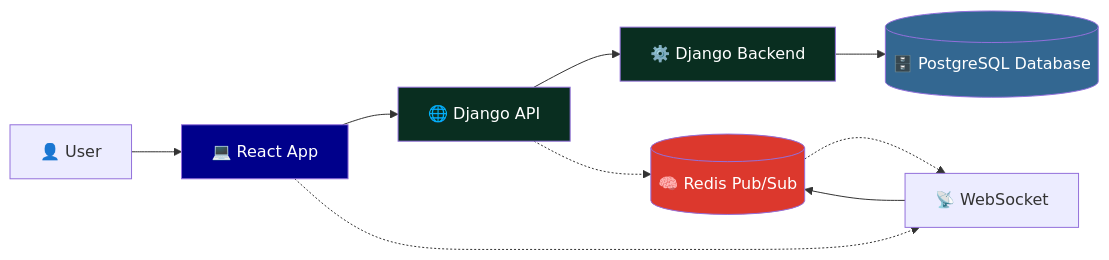
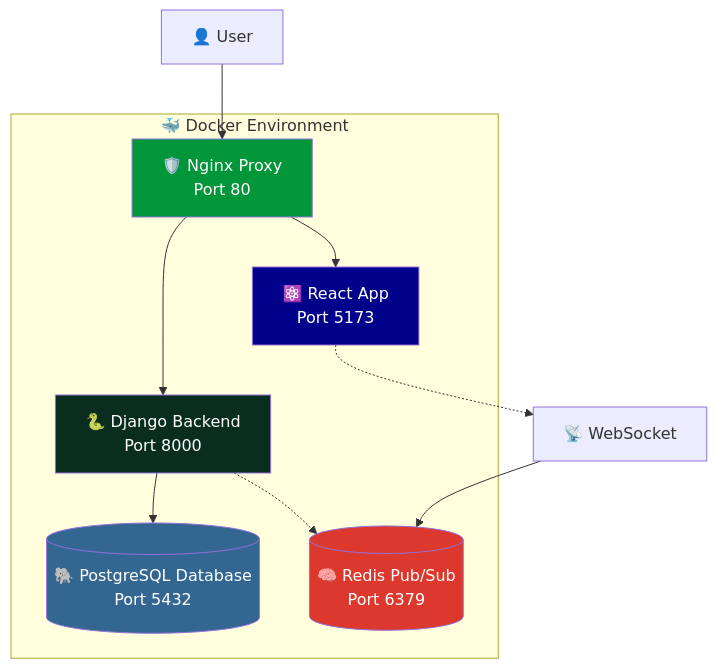
Before and after one commit to kevinThulnith/devops-project: the first of 3 diagrams in README.md, drawn with Mermaid. The commit also changed other lines of this file, not shown here.

````diff
--- a/README.md
+++ b/README.md
@@ -20,19 +160,24 @@
 ```mermaid
-graph LR
-    User[👤 User] --> Frontend[💻 React App]
-    Frontend --> API[🌐 Django API]
-    Frontend -.-> WS[📡 WebSocket]
+graph TB
+   subgraph "🐳 Docker Environment"
+      Proxy[🛡️ Nginx Proxy<br/>Port 80]
+      Frontend[⚛️ React App<br/>Port 5173]
+      Backend[🐍 Django Backend<br/>Port 8000]
+      Database[(🐘 PostgreSQL Database<br/>Port 5432)]
+      Redis[(🧠 Redis Pub/Sub<br/>Port 6379)]
+   end
 
-    API --> Backend[⚙️ Django Backend]
-    Backend --> DB[(🗄️ PostgreSQL Database)]
-    WS --> Redis[(🧠 Redis Pub/Sub)]
+   User[👤 User] --> Proxy
+   Proxy --> Frontend
+   Proxy --> Backend
+   Frontend -.-> WS[📡 WebSocket]
+   Backend --> Database
+   WS --> Redis
+   Backend -.-> Redis
 
-    API -.-> Redis
-    Redis -.-> WS
-
-    style Frontend fill:#00008B,color:#fff
-    style API fill:#092E20,color:#fff
-    style Backend fill:#092E20,color:#fff
-    style DB fill:#336791,color:#fff
-    style Redis fill:#DC382D,color:#fff
+   style Frontend fill:#00008B,color:#fff
+   style Backend fill:#092E20,color:#fff
+   style Database fill:#336791,color:#fff
+   style Redis fill:#DC382D,color:#fff
+   style Proxy fill:#009639,color:#fff
 ```
````
